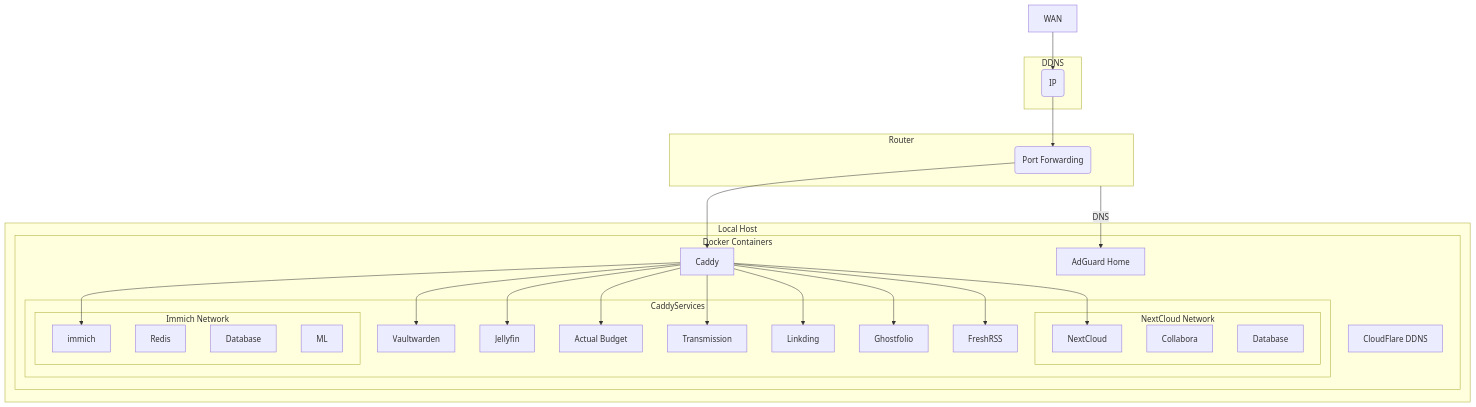
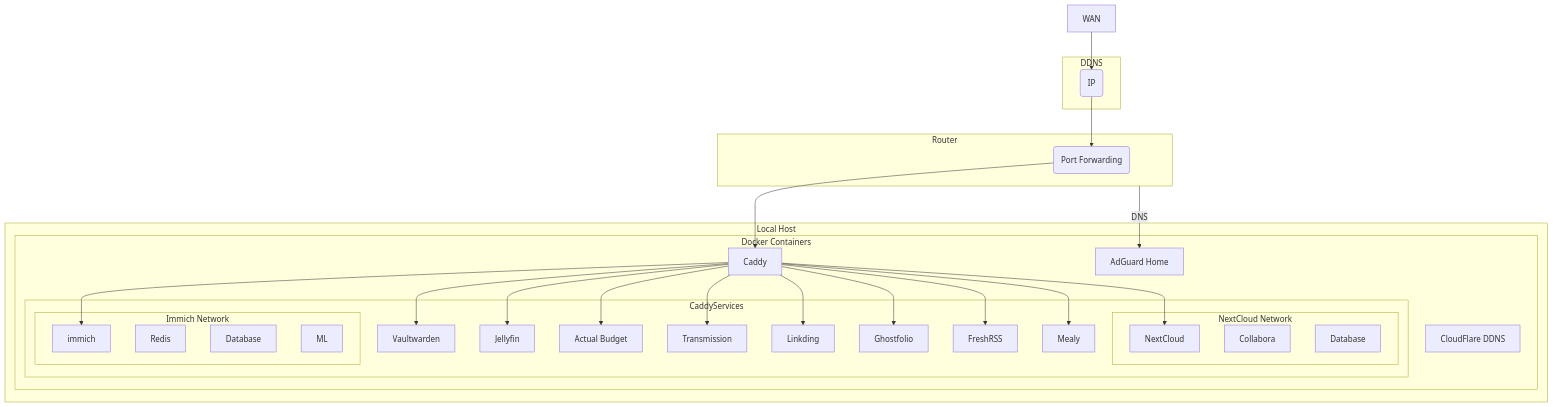
The diagram in README.md (p-gentili/selfhosted-docker), drawn with Mermaid before and after one commit. The commit also changed 8 other files, not shown here.

````diff
--- a/README.md
+++ b/README.md
@@ -1,51 +1,53 @@
 ```mermaid
 graph TD
   subgraph DDNS
     ddns(IP)
   end
   subgraph Router
     portForwarding(Port Forwarding)
   end
 
   subgraph Local Host
     subgraph Docker Containers
       caddy[Caddy]
       adguard-home[AdGuard Home]
       cloudflare-ddns[CloudFlare DDNS]
       subgraph CaddyServices
         vaultwarden[Vaultwarden]
         jellyfin[Jellyfin]
         actual[Actual Budget]
         transmission[Transmission]
         linkding[Linkding]
         ghostfolio[Ghostfolio]
         freshrss[FreshRSS]
+        mealy[Mealy]
         subgraph NextCloud Network
             nextcloud[NextCloud]
             nextcloud-code[Collabora]
             nextcloud-db[Database]
         end
         subgraph Immich Network
             immich[immich]
             immich-redis[Redis]
             immich-db[Database]
             immich-ml[ML]
         end
       end
     end
   end
 
   WAN --> ddns
   ddns --> portForwarding
   portForwarding --> caddy
   Router --DNS--> adguard-home
   caddy --> vaultwarden
   caddy --> jellyfin
   caddy --> nextcloud
   caddy --> actual
   caddy --> immich
   caddy --> transmission
   caddy --> linkding
   caddy --> ghostfolio
   caddy --> freshrss
+  caddy --> mealy
 ```
````
